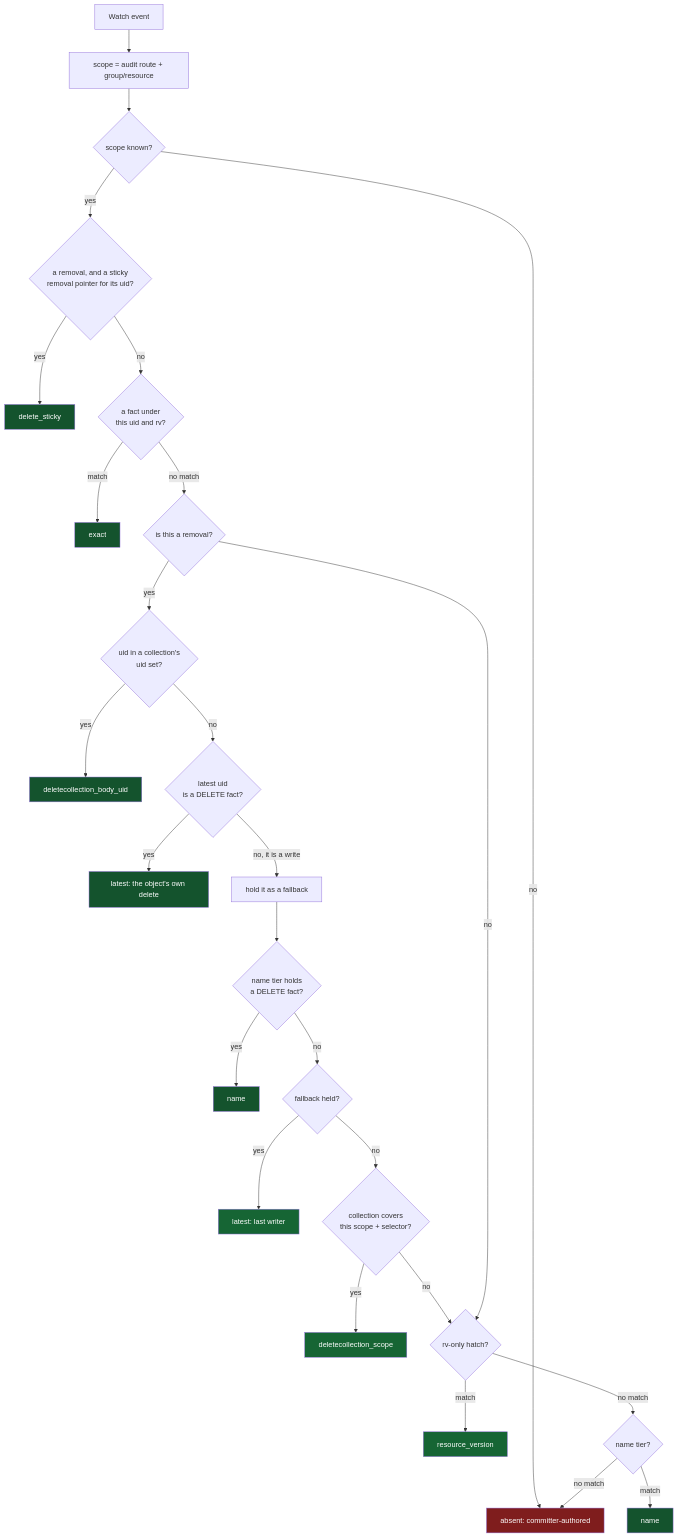
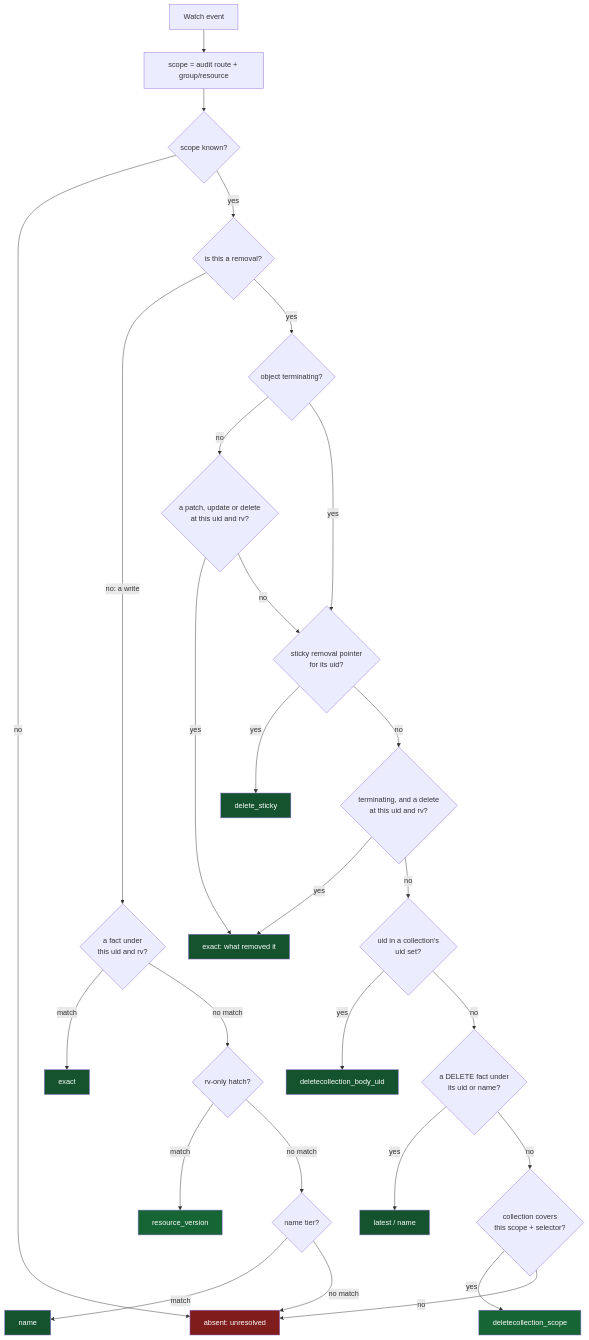
One commit to ConfigButler/gitops-reverser changed the second of 4 diagrams in docs/spec/attribution.md. Above: the diagram before and after it, drawn with Mermaid. The commit also changed other lines of this file and 19 other files, not shown here.

First line of the commit message:
fix(attribution): credit a removal by what caused it, never by the watch's selector (#431)

````diff
--- a/docs/spec/attribution.md
+++ b/docs/spec/attribution.md
@@ -333,42 +332,41 @@
 ```mermaid
 flowchart TD
     A[Watch event] --> B[scope = audit route + group/resource]
     B --> C{scope known?}
-    C -->|no| Z[absent: committer-authored]
-    C -->|yes| AA{a removal, and a sticky<br/>removal pointer for its uid?}
-    AA -->|yes| AB[delete_sticky]
-    AA -->|no| D{a fact under<br/>this uid and rv?}
+    C -->|no| Z[absent: unresolved]
+    C -->|yes| F{is this a removal?}
 
+    F -->|no: a write| D{a fact under<br/>this uid and rv?}
     D -->|match| E[exact]
-    D -->|no match| F{is this a removal?}
-
-    F -->|yes| G{uid in a collection's<br/>uid set?}
-    G -->|yes| H[deletecollection_body_uid]
-    G -->|no| I{latest uid<br/>is a DELETE fact?}
-    I -->|yes| J[latest: the object's own delete]
-    I -->|no, it is a write| K[hold it as a fallback]
-    K --> L{name tier holds<br/>a DELETE fact?}
-    L -->|yes| M[name]
-    L -->|no| N{fallback held?}
-    N -->|yes| O[latest: last writer]
-    N -->|no| P{collection covers<br/>this scope + selector?}
-    P -->|yes| Q[deletecollection_scope]
-    P -->|no| R
-
-    F -->|no| R{rv-only hatch?}
+    D -->|no match| R{rv-only hatch?}
     R -->|match| S[resource_version]
     R -->|no match| T{name tier?}
     T -->|match| U[name]
     T -->|no match| Z
 
+    F -->|yes| V{object terminating?}
+    V -->|no| W{a patch, update or delete<br/>at this uid and rv?}
+    W -->|yes| E2[exact: what removed it]
+    W -->|no| AA
+    V -->|yes| AA{sticky removal pointer<br/>for its uid?}
+    AA -->|yes| AB[delete_sticky]
+    AA -->|no| X{terminating, and a delete<br/>at this uid and rv?}
+    X -->|yes| E2
+    X -->|no| G{uid in a collection's<br/>uid set?}
+    G -->|yes| H[deletecollection_body_uid]
+    G -->|no| L{a DELETE fact under<br/>its uid or name?}
+    L -->|yes| M[latest / name]
+    L -->|no| P{collection covers<br/>this scope + selector?}
+    P -->|yes| Q[deletecollection_scope]
+    P -->|no| Z
+
     style Z fill:#7f1d1d,color:#fff
     style AB fill:#14532d,color:#fff
     style E fill:#14532d,color:#fff
+    style E2 fill:#14532d,color:#fff
     style H fill:#14532d,color:#fff
-    style J fill:#14532d,color:#fff
     style M fill:#14532d,color:#fff
-    style O fill:#166534,color:#fff
     style Q fill:#166534,color:#fff
     style S fill:#166534,color:#fff
     style U fill:#14532d,color:#fff
 ```
````
